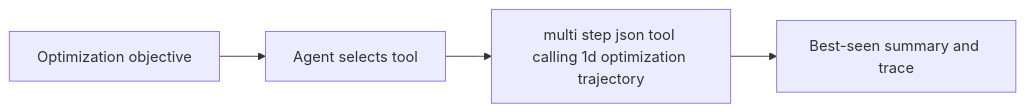
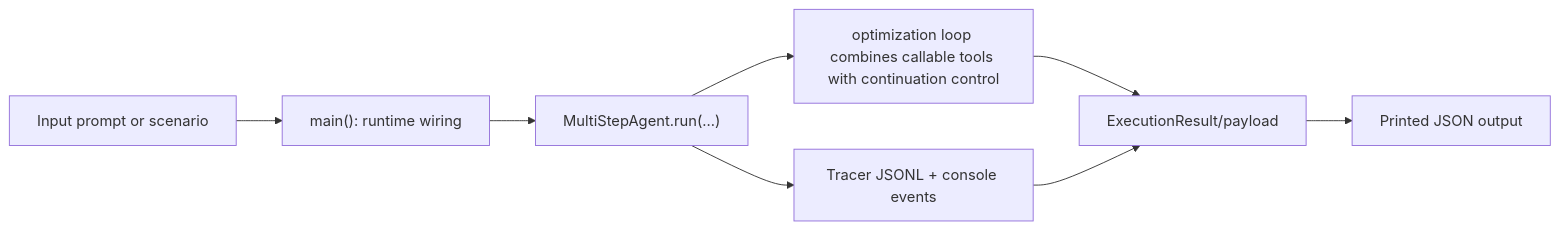
Before and after one commit to cmudrc/design-research-agents: the diagram in docs/examples/optimization/multi_step_json_tool_calling_1d_optimization.rst, drawn with Mermaid. The commit also changed other lines of this file and 83 other files, not shown here.

```diff
--- a/docs/examples/optimization/multi_step_json_tool_calling_1d_optimization.rst
+++ b/docs/examples/optimization/multi_step_json_tool_calling_1d_optimization.rst
@@ -21,6 +22,10 @@
 .. mermaid::
 
    flowchart LR
-       A["Optimization objective"] --> B["Agent selects tool"]
-       B --> C["multi step json tool calling 1d optimization trajectory"]
-       C --> D["Best-seen summary and trace"]
+       A["Input prompt or scenario"] --> B["main(): runtime wiring"]
+       B --> C["MultiStepAgent.run(...)"]
+       C --> D["optimization loop combines callable tools with continuation control"]
+       C --> E["Tracer JSONL + console events"]
+       D --> F["ExecutionResult/payload"]
+       E --> F
+       F --> G["Printed JSON output"]
```
